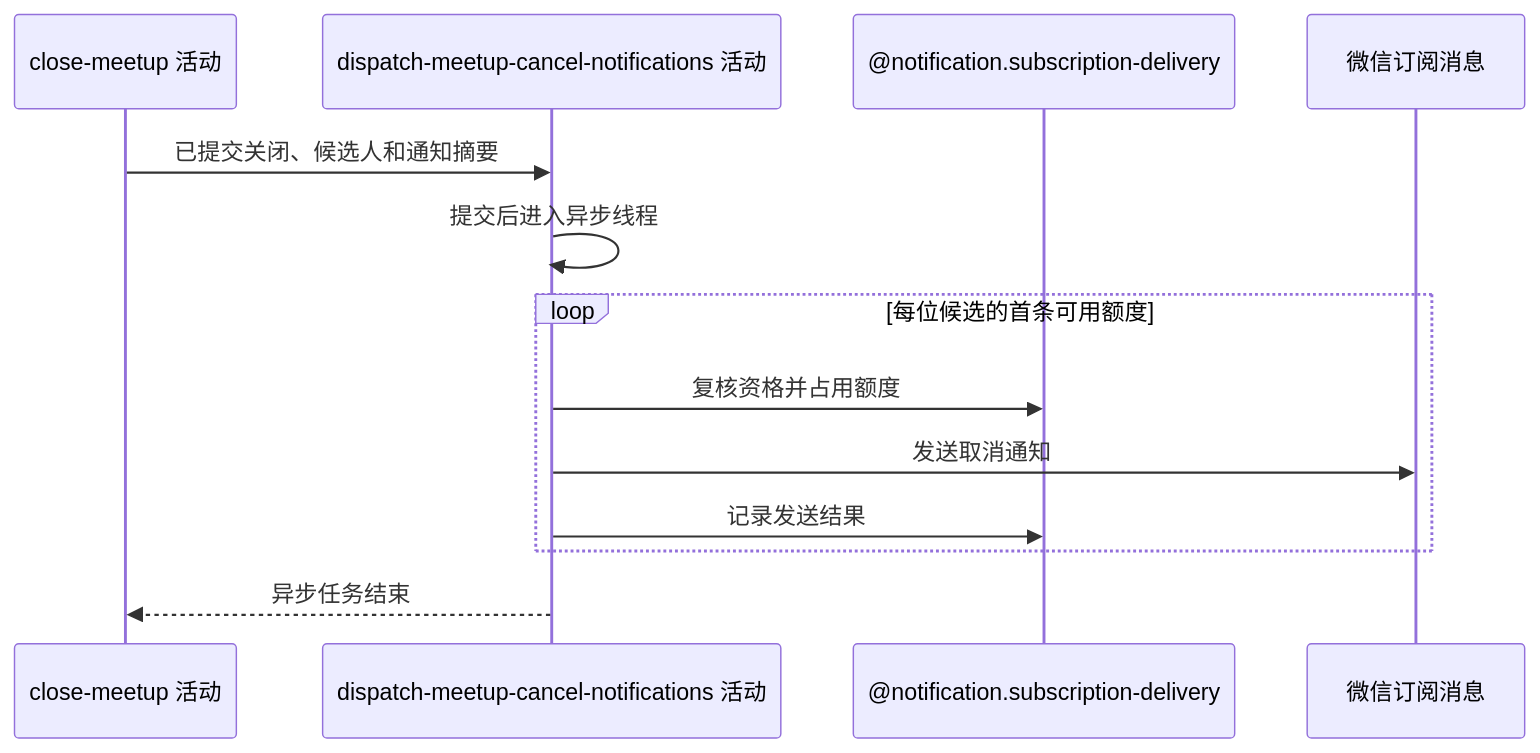
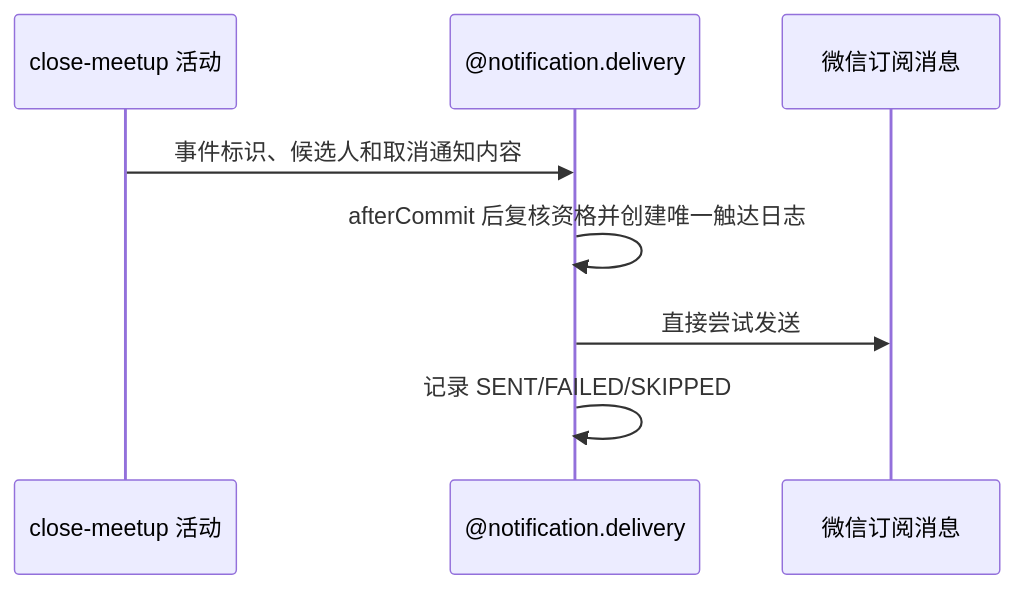
One commit to chxt100016/Rally changed the diagram in blueprint/spec/meetup/meetup-close/dispatch-meetup-cancel-notifications/activity.md. Above: the diagram before and after it, drawn with Mermaid. The commit also changed other lines of this file and 170 other files, not shown here.

````diff
--- a/blueprint/spec/meetup/meetup-close/dispatch-meetup-cancel-notifications/activity.md
+++ b/blueprint/spec/meetup/meetup-close/dispatch-meetup-cancel-notifications/activity.md
@@ -14,15 +14,10 @@
 ```mermaid
 sequenceDiagram
     participant C as close-meetup 活动
-    participant A as dispatch-meetup-cancel-notifications 活动
-    participant N as @notification.subscription-delivery
+    participant N as @notification.delivery
     participant W as 微信订阅消息
-    C->>A: 已提交关闭、候选人和通知摘要
-    A->>A: 提交后进入异步线程
-    loop 每位候选的首条可用额度
-        A->>N: 复核资格并占用额度
-        A->>W: 发送取消通知
-        A->>N: 记录发送结果
-    end
-    A-->>C: 异步任务结束
+    C->>N: 事件标识、候选人和取消通知内容
+    N->>N: afterCommit 后复核资格并创建唯一触达日志
+    N->>W: 直接尝试发送
+    N->>N: 记录 SENT/FAILED/SKIPPED
 ```
````
